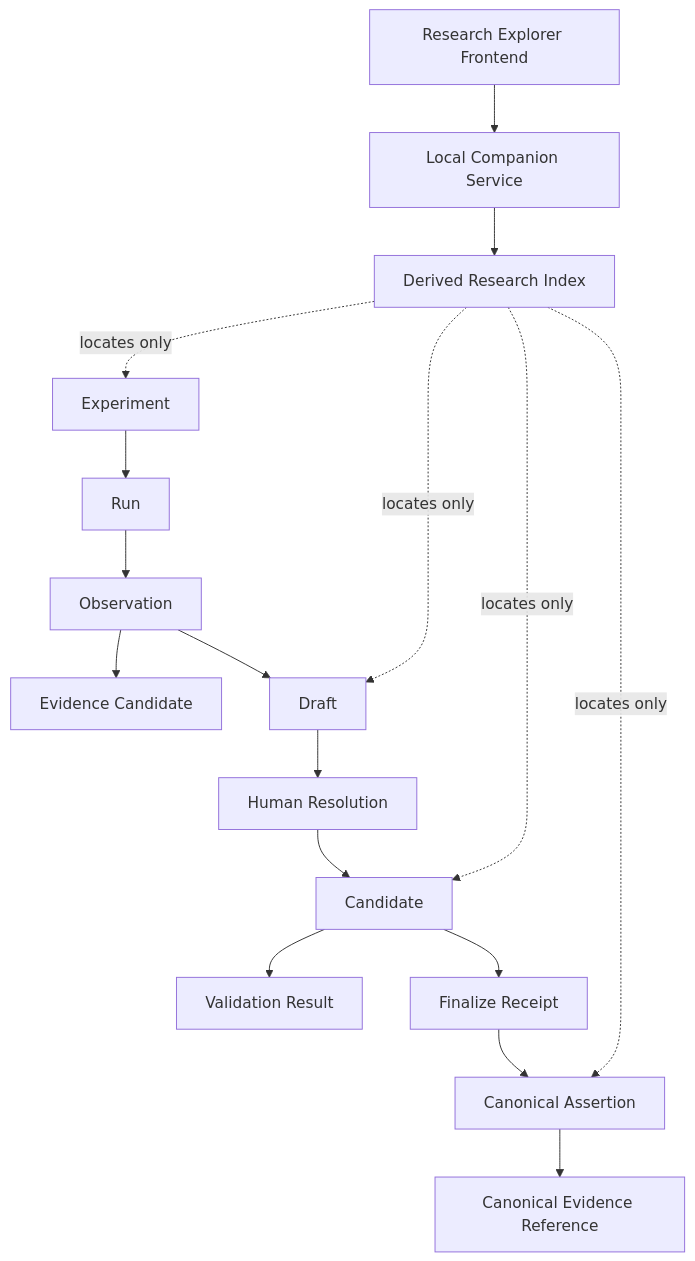
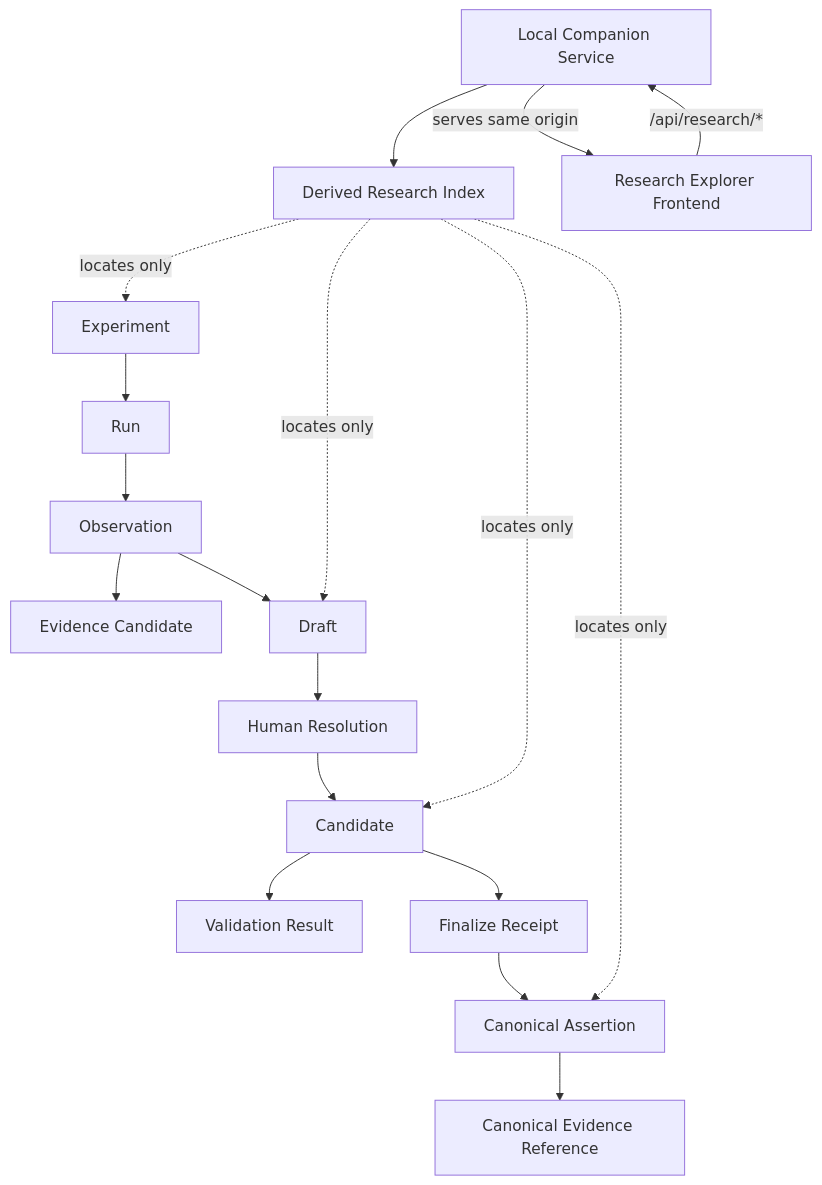
One commit to whatrune/sd-prompt-studio changed the third of 3 diagrams in docs/research/research-explorer-design.md. Above: the diagram before and after it, drawn with Mermaid. The commit also changed other lines of this file, not shown here.

Commit message:
Finalize Research Explorer transport architecture

````diff
--- a/docs/research/research-explorer-design.md
+++ b/docs/research/research-explorer-design.md
@@ -355,21 +373,22 @@
 ```mermaid
 flowchart TD
     E["Experiment"] --> R["Run"]
     R --> O["Observation"]
     O --> EV["Evidence Candidate"]
     O --> D["Draft"]
     D --> HR["Human Resolution"]
     HR --> C["Candidate"]
     C --> VR["Validation Result"]
     C --> FR["Finalize Receipt"]
     FR --> CA["Canonical Assertion"]
     CA --> EV2["Canonical Evidence Reference"]
 
     IDX["Derived Research Index"] -. "locates only" .-> E
     IDX -. "locates only" .-> D
     IDX -. "locates only" .-> C
     IDX -. "locates only" .-> CA
 
     SVC["Local Companion Service"] --> IDX
-    UI["Research Explorer Frontend"] --> SVC
+    SVC -->|"serves same origin"| UI["Research Explorer Frontend"]
+    UI -->|"/api/research/*"| SVC
 ```
````
